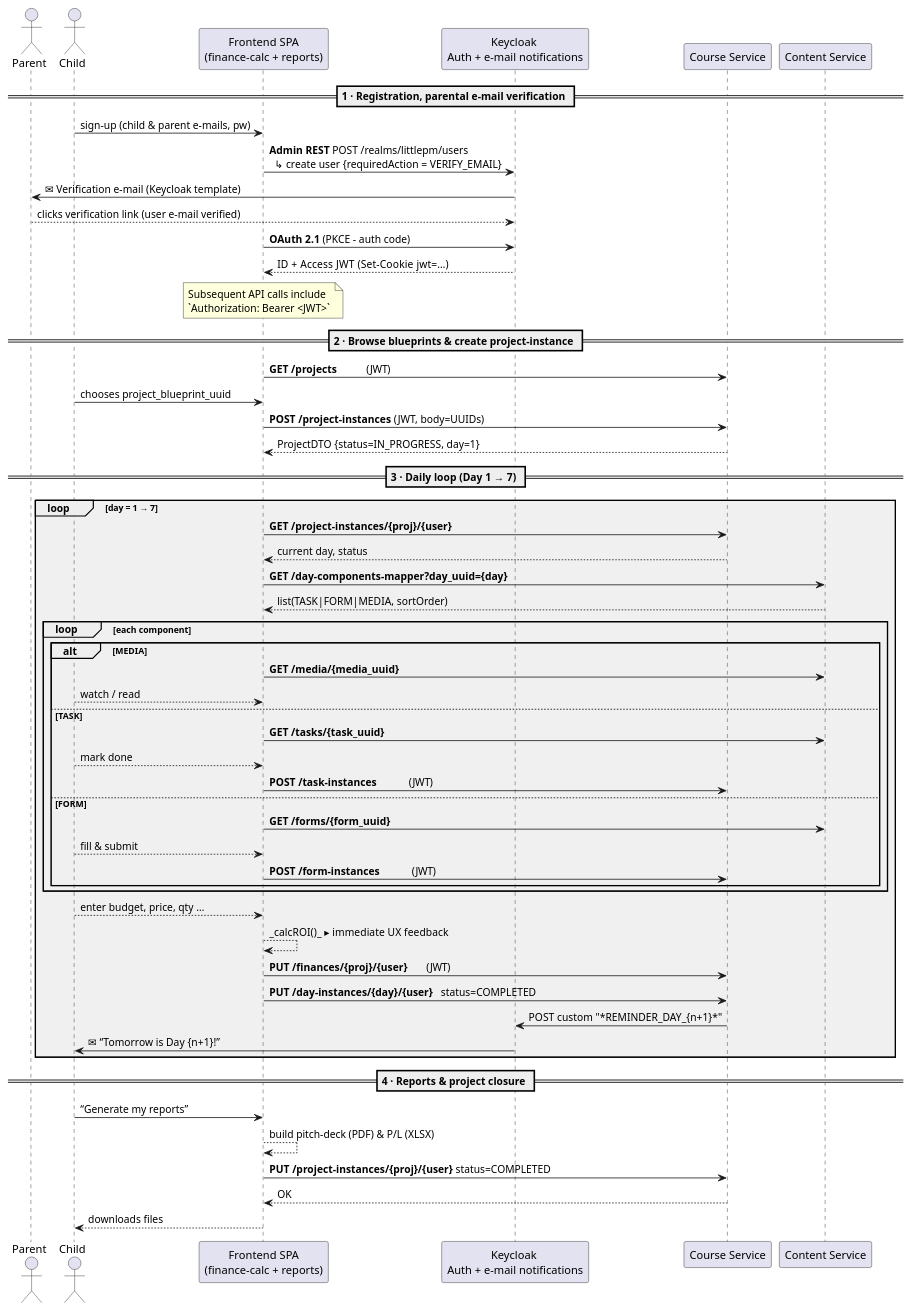
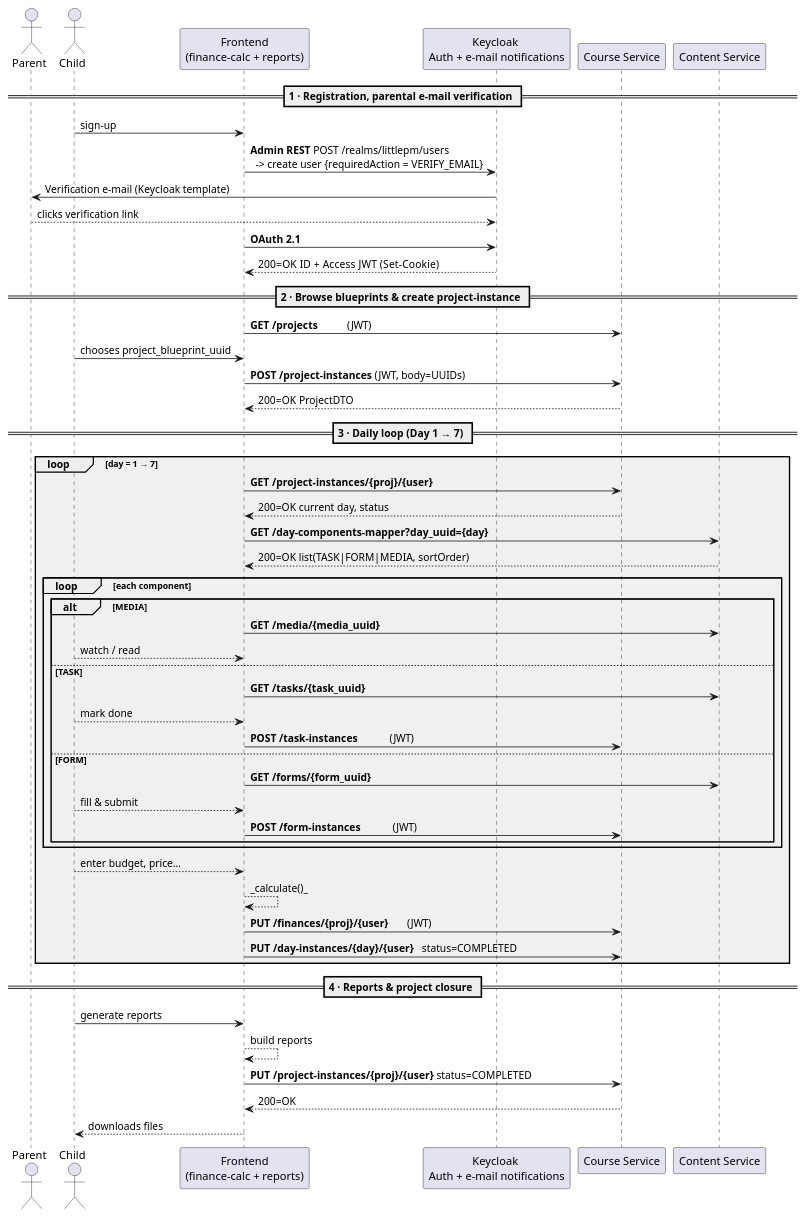
One commit to dmr4eg/la-infrastructure changed the diagram in docs/design/sequence-diagram/sequence-diag.plantuml. Above: the diagram before and after it, drawn with PlantUML. The commit also changed 1 other file, not shown here.

```diff
--- a/docs/design/sequence-diagram/sequence-diag.plantuml
+++ b/docs/design/sequence-diagram/sequence-diag.plantuml
@@ -1,80 +1,74 @@
 @startuml
 
 skinparam package {
     FontSize 13
     FontStyle bold
     BackgroundColor #F0F0F0
 }
 
 actor Parent
 actor Child
 
-participant "Frontend SPA\n(finance-calc + reports)"      as FE
+participant "Frontend\n(finance-calc + reports)"      as FE
 participant "Keycloak \nAuth + e-mail notifications"    as KC
 participant "Course Service"  as COURSE
 participant "Content Service" as CONTENT
 
 == 1 · Registration, parental e-mail verification ==
-Child  -> FE     : sign-up (child & parent e-mails, pw)
-FE     -> KC     : **Admin REST** POST /realms/littlepm/users\n  ↳ create user {requiredAction = VERIFY_EMAIL}
-KC     -> Parent : ✉ Verification e-mail (Keycloak template)
-Parent --> KC    : clicks verification link (user e-mail verified)
-FE     -> KC     : **OAuth 2.1** (PKCE – auth code)
-KC     --> FE    : ID + Access JWT   (Set-Cookie jwt=…)
+Child  -> FE     : sign-up 
+FE     -> KC     : **Admin REST** POST /realms/littlepm/users\n  -> create user {requiredAction = VERIFY_EMAIL}
+KC     -> Parent : Verification e-mail (Keycloak template)
+Parent --> KC    : clicks verification link 
+FE     -> KC     : **OAuth 2.1** 
+KC     --> FE    : 200=OK ID + Access JWT   (Set-Cookie)
 
-note over FE
-Subsequent API calls include  
-`Authorization: Bearer <JWT>`
-end note
 
 == 2 · Browse blueprints & create project-instance ==
 FE     -> COURSE : **GET /projects**           (JWT)
 Child  -> FE     : chooses project_blueprint_uuid
 FE     -> COURSE : **POST /project-instances** (JWT, body=UUIDs)
-COURSE --> FE    : ProjectDTO {status=IN_PROGRESS, day=1}
+COURSE --> FE    : 200=OK ProjectDTO 
 
 == 3 · Daily loop  (Day 1 → 7) ==
 loop day = 1 → 7
   ' 3.1 progress/meta
   FE  -> COURSE  : **GET /project-instances/{proj}/{user}**
-  COURSE--> FE   : current day, status
+  COURSE--> FE   : 200=OK current day, status
 
   ' 3.2 teaching content
   FE  -> CONTENT : **GET /day-components-mapper?day_uuid={day}**
-  CONTENT --> FE : list(TASK|FORM|MEDIA, sortOrder)
+  CONTENT --> FE : 200=OK list(TASK|FORM|MEDIA, sortOrder)
 
   ' 3.3 execute components
   loop each component
     alt MEDIA
       FE -> CONTENT : **GET /media/{media_uuid}**
       Child --> FE  : watch / read
     else TASK
       FE -> CONTENT : **GET /tasks/{task_uuid}**
       Child --> FE  : mark done
       FE -> COURSE  : **POST /task-instances**            (JWT)
     else FORM
       FE -> CONTENT : **GET /forms/{form_uuid}**
       Child --> FE  : fill & submit
       FE -> COURSE  : **POST /form-instances**            (JWT)
     end
   end
 
   ' 3.4 client-side finance
-  Child --> FE : enter budget, price, qty …
-  FE    --> FE : _calcROI()_  ▸ immediate UX feedback
+  Child --> FE : enter budget, price…
+  FE    --> FE : _calculate()_  
   FE    -> COURSE : **PUT /finances/{proj}/{user}**       (JWT)
 
   ' 3.5 day complete & e-mail reminder
   FE    -> COURSE : **PUT /day-instances/{day}/{user}**   status=COMPLETED
-  COURSE -> KC    : POST custom "*REMINDER_DAY_{n+1}*"
-  KC     -> Child : ✉ “Tomorrow is Day {n+1}!”
 end
 
 == 4 · Reports & project closure ==
-Child -> FE     : “Generate my reports”
-FE    --> FE    : build pitch-deck (PDF) & P/L (XLSX)
+Child -> FE     : generate reports
+FE    --> FE    : build reports
 FE    -> COURSE : **PUT /project-instances/{proj}/{user}** status=COMPLETED
-COURSE--> FE    : OK
+COURSE--> FE    : 200=OK
 Child <-- FE    : downloads files
 
 @enduml
```
